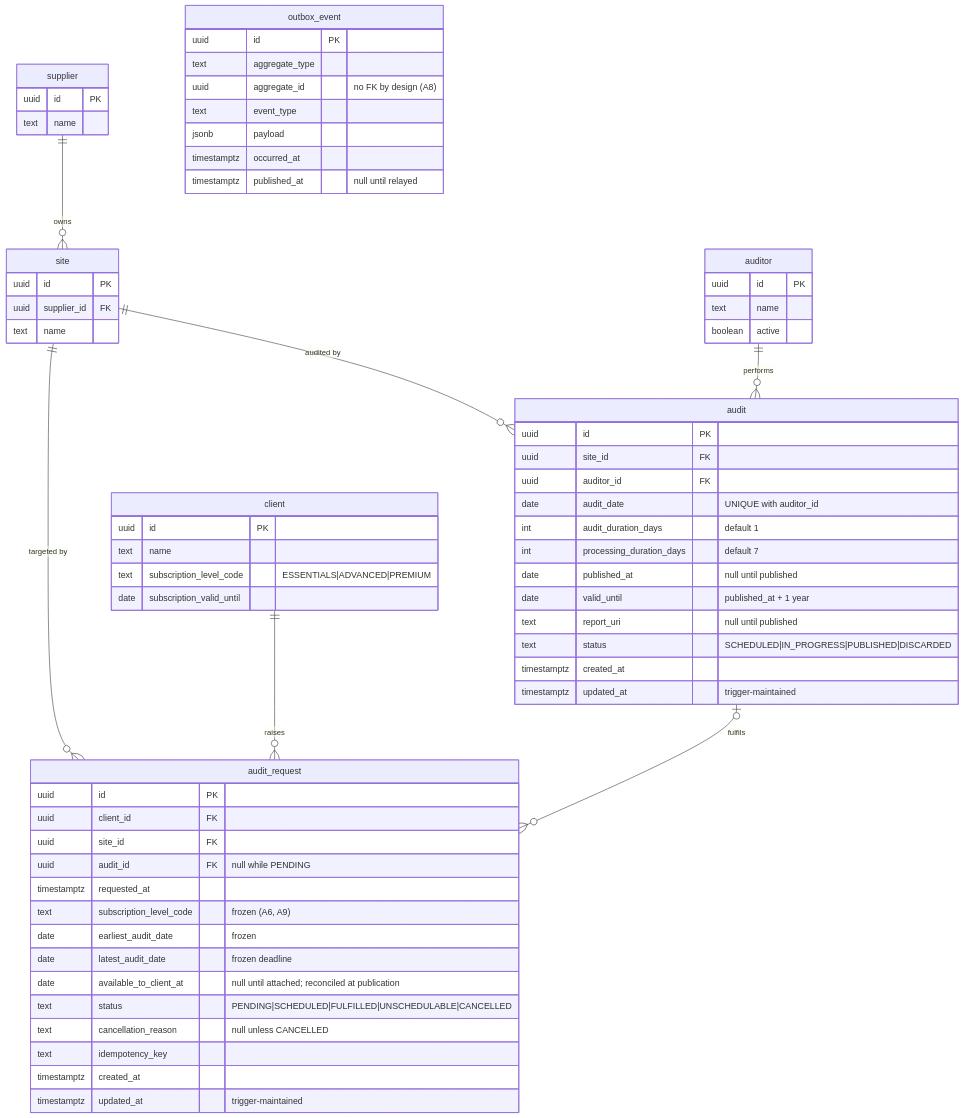
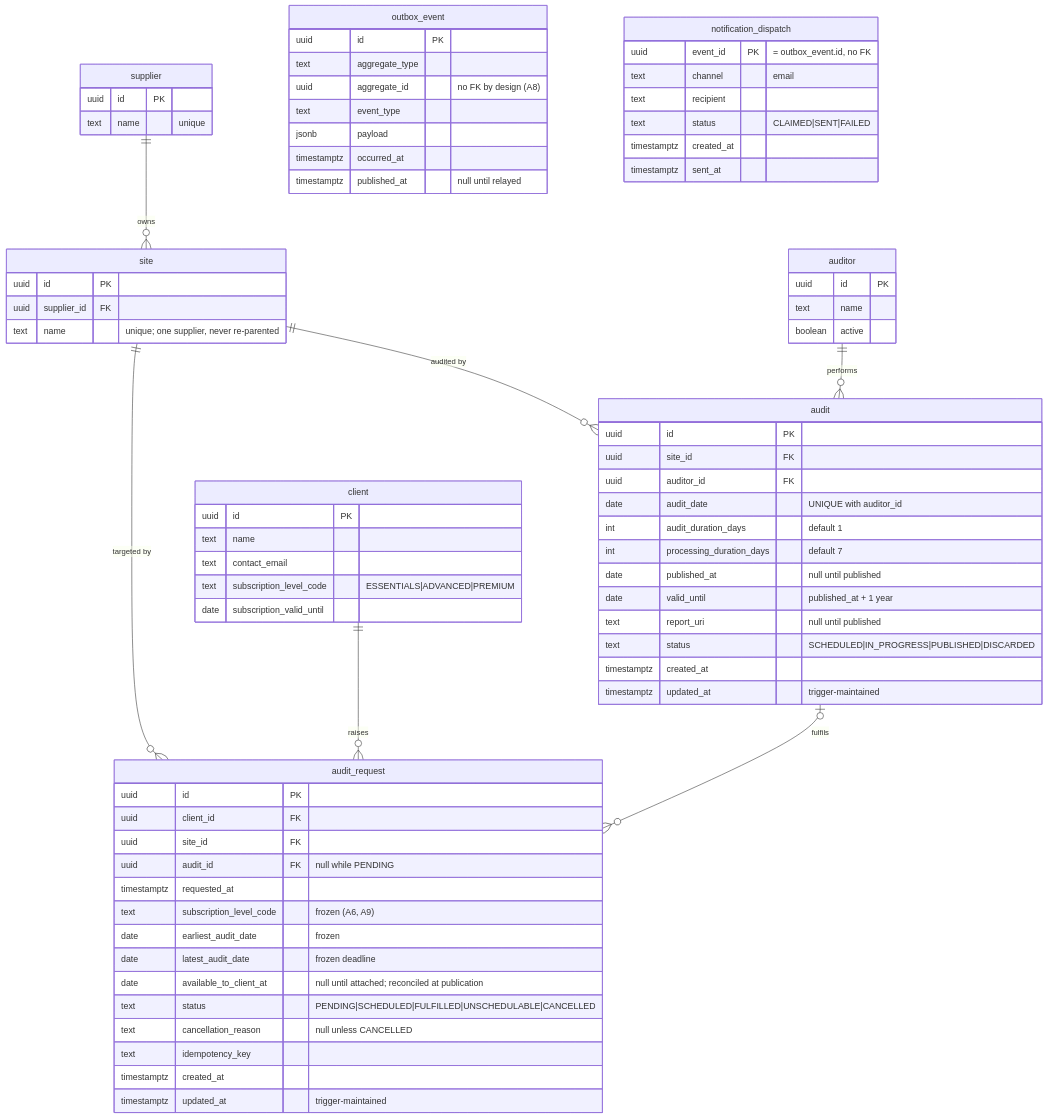
Before and after one commit to alexMunozMad/Auditory_Manager: the diagram in docs/diagrams/data model.mermaid, drawn with Mermaid. The commit also changed 6 other files, not shown here.

First line of the commit message:
docs : add site-catalogue endpoint, notifications and event contracts, and restructure the HTTP contract

```diff
--- a/docs/diagrams/data model.mermaid
+++ b/docs/diagrams/data model.mermaid
@@ -1,70 +1,81 @@
 erDiagram
-    %% Written by this system:  audit_request, audit, outbox_event
-    %% Read-only here (maintained elsewhere):  supplier, site, client, auditor
+    %% Scheduling domain writes:  audit_request, audit, outbox_event
+    %% Catalogue, insert-only here (A10):  supplier, site
+    %% Read-only here (maintained elsewhere):  client, auditor
+    %% Notification component (separate concern, §04):  notification_dispatch
 
     supplier {
         uuid id PK
-        text name
+        text name "unique"
     }
     site {
         uuid id PK
         uuid supplier_id FK
-        text name
+        text name "unique; one supplier, never re-parented"
     }
     client {
         uuid id PK
         text name
+        text contact_email
         text subscription_level_code "ESSENTIALS|ADVANCED|PREMIUM"
         date subscription_valid_until
     }
     auditor {
         uuid id PK
         text name
         boolean active
     }
     audit_request {
         uuid id PK
         uuid client_id FK
         uuid site_id FK
         uuid audit_id FK "null while PENDING"
         timestamptz requested_at
         text subscription_level_code "frozen (A6, A9)"
         date earliest_audit_date "frozen"
         date latest_audit_date "frozen deadline"
         date available_to_client_at "null until attached; reconciled at publication"
         text status "PENDING|SCHEDULED|FULFILLED|UNSCHEDULABLE|CANCELLED"
         text cancellation_reason "null unless CANCELLED"
         text idempotency_key
         timestamptz created_at
         timestamptz updated_at "trigger-maintained"
     }
     audit {
         uuid id PK
         uuid site_id FK
         uuid auditor_id FK
         date audit_date "UNIQUE with auditor_id"
         int audit_duration_days "default 1"
         int processing_duration_days "default 7"
         date published_at "null until published"
         date valid_until "published_at + 1 year"
         text report_uri "null until published"
         text status "SCHEDULED|IN_PROGRESS|PUBLISHED|DISCARDED"
         timestamptz created_at
         timestamptz updated_at "trigger-maintained"
     }
     outbox_event {
         uuid id PK
         text aggregate_type
         uuid aggregate_id "no FK by design (A8)"
         text event_type
         jsonb payload
         timestamptz occurred_at
         timestamptz published_at "null until relayed"
     }
+    notification_dispatch {
+        uuid event_id PK "= outbox_event.id, no FK"
+        text channel "email"
+        text recipient
+        text status "CLAIMED|SENT|FAILED"
+        timestamptz created_at
+        timestamptz sent_at
+    }
 
     supplier ||--o{ site          : "owns"
     site     ||--o{ audit_request : "targeted by"
     site     ||--o{ audit         : "audited by"
     client   ||--o{ audit_request : "raises"
     auditor  ||--o{ audit         : "performs"
     audit    |o--o{ audit_request : "fulfils"
```
